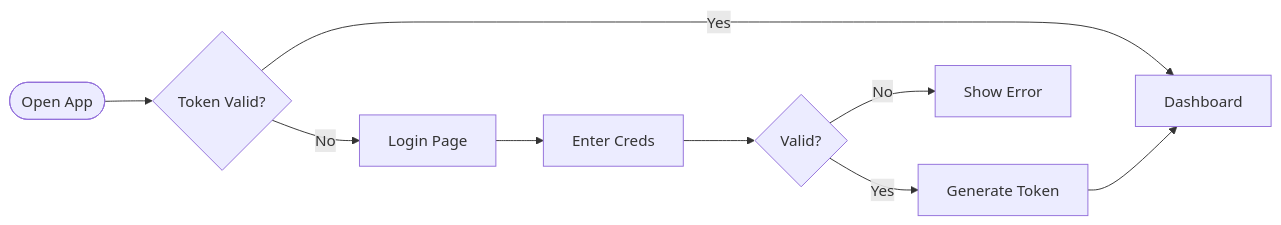
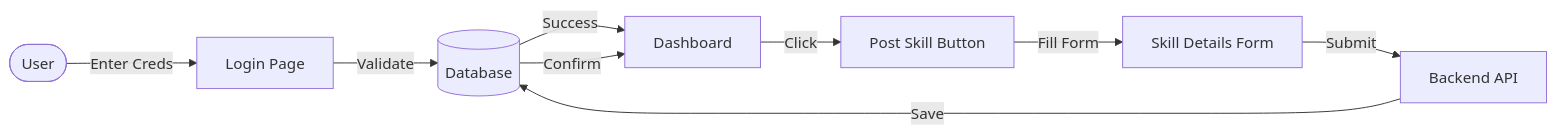
One commit to Gopulucky/RTRP changed the third of 4 diagrams in README.md. Above: the diagram before and after it, drawn with Mermaid. The commit also changed other lines of this file, not shown here.

Commit message:
Enhance README with project details and instructions

````diff
--- a/README.md
+++ b/README.md
@@ -143,11 +143,11 @@
 ```mermaid
 flowchart LR
-    Start([Open App]) --> Check{Token Valid?}
-    Check -->|Yes| Dash[Dashboard]
-    Check -->|No| Login[Login Page]
-    Login --> Input[Enter Creds]
-    Input --> Valid{Valid?}
-    Valid -->|Yes| JWT[Generate Token]
-    Valid -->|No| Error[Show Error]
-    JWT --> Dash
+    User([User]) -->|Enter Creds| Login[Login Page]
+    Login -->|Validate| DB[(Database)]
+    DB -->|Success| Dash[Dashboard]
+    Dash -->|Click| Post[Post Skill Button]
+    Post -->|Fill Form| Form[Skill Details Form]
+    Form -->|Submit| API[Backend API]
+    API -->|Save| DB
+    DB -->|Confirm| Dash
 ```
````
